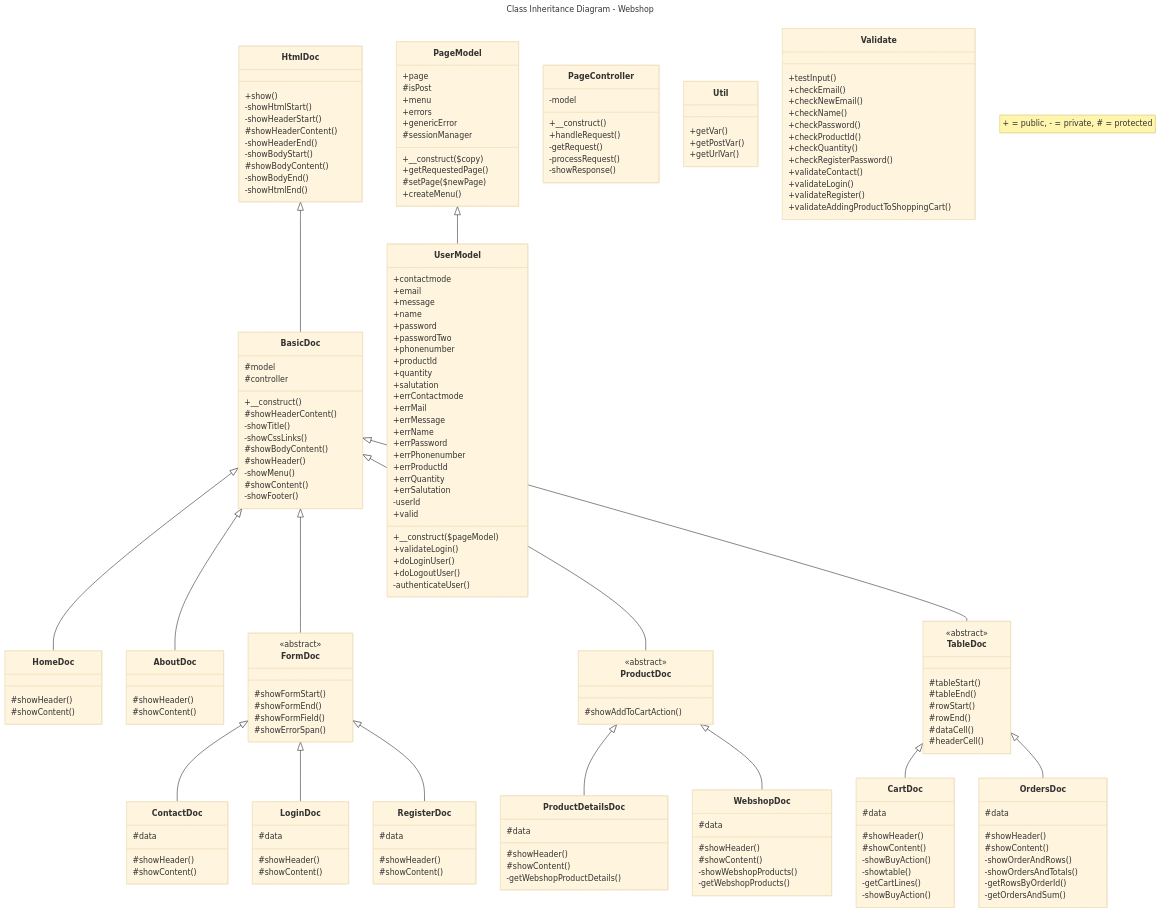
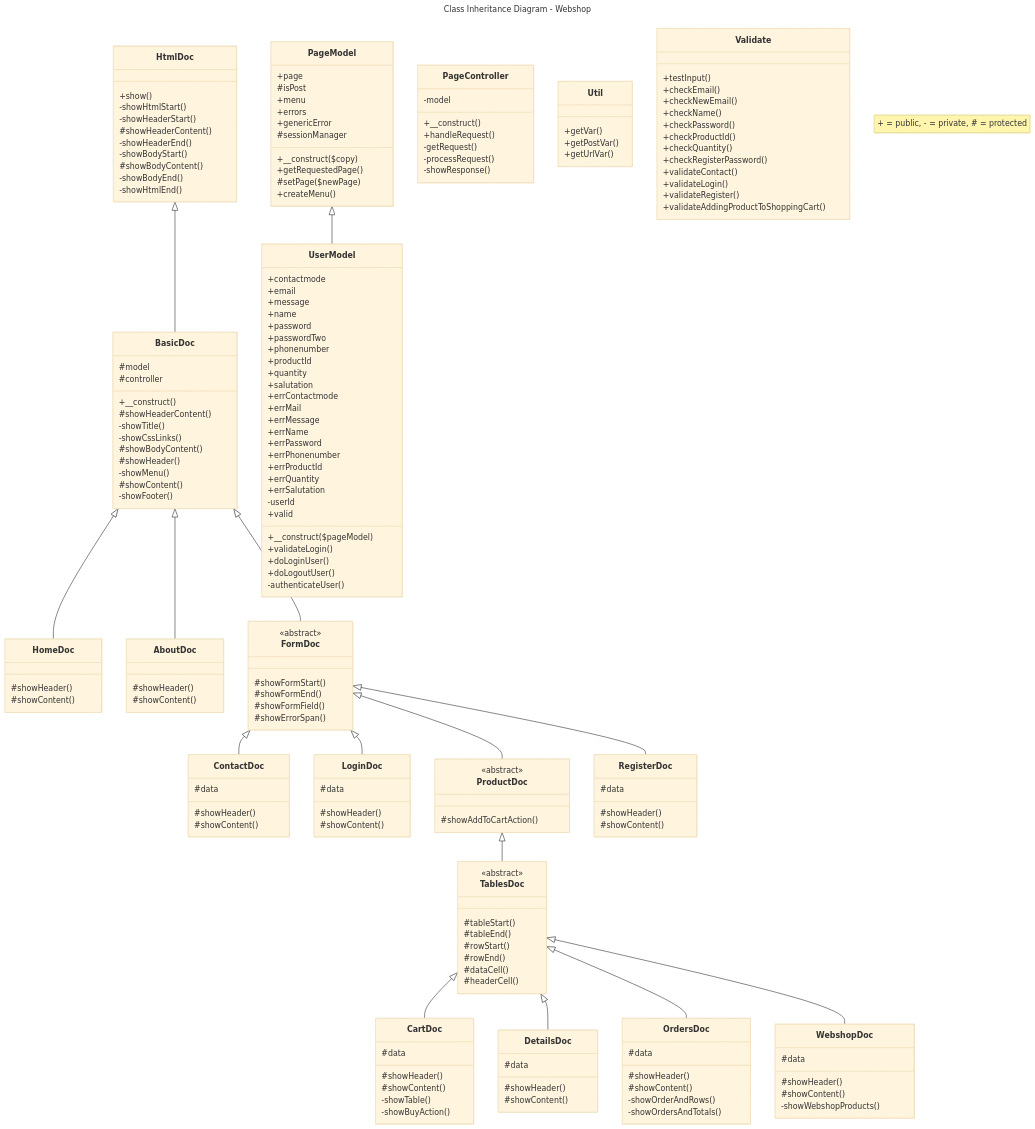
Before and after one commit to JeroenHeemskerk/educom-webshop-oop-1698314754: the diagram in Diagrams/#5.md, drawn with Mermaid (base theme).

Commit message:
#5 HtmlDoc en childclasses geupdate naar laatste versie van vorige opdracht

````diff
--- a/Diagrams/#5.md
+++ b/Diagrams/#5.md
@@ -11,18 +11,18 @@
     BasicDoc <|-- HomeDoc
     BasicDoc <|-- AboutDoc
     BasicDoc <|-- FormDoc
-    BasicDoc <|-- ProductDoc
-    BasicDoc <|-- TableDoc
 
     FormDoc <|-- ContactDoc
     FormDoc <|-- LoginDoc
+    FormDoc <|-- ProductDoc
     FormDoc <|-- RegisterDoc
 
-    ProductDoc <|-- ProductDetailsDoc
-    ProductDoc <|-- WebshopDoc
+    ProductDoc <|-- TablesDoc
 
-    TableDoc <|-- CartDoc
-    TableDoc <|-- OrdersDoc
+    TablesDoc <|-- CartDoc
+    TablesDoc <|-- DetailsDoc
+    TablesDoc <|-- OrdersDoc
+    TablesDoc <|-- WebshopDoc
 
 
     PageModel <|-- UserModel
@@ -140,7 +140,7 @@
         <<abstract>>
         #showAddToCartAction()
     }
-    class TableDoc{
+    class TablesDoc{
         <<abstract>>
         #tableStart()
         #tableEnd()
@@ -168,9 +168,7 @@
         #data
         #showHeader()
         #showContent()
-        -showBuyAction()
-        -showtable()
-        -getCartLines()
+        -showTable()
         -showBuyAction()
     }
     class OrdersDoc{
@@ -179,21 +177,17 @@
         #showContent()
         -showOrderAndRows()
         -showOrdersAndTotals()
-        -getRowsByOrderId()
-        -getOrdersAndSum()
     }
-    class ProductDetailsDoc{
+    class DetailsDoc{
         #data
         #showHeader()
         #showContent()
-        -getWebshopProductDetails()
     }
     class WebshopDoc{
         #data
         #showHeader()
         #showContent()
         -showWebshopProducts()
-        -getWebshopProducts()
     }
 
 ```
````
